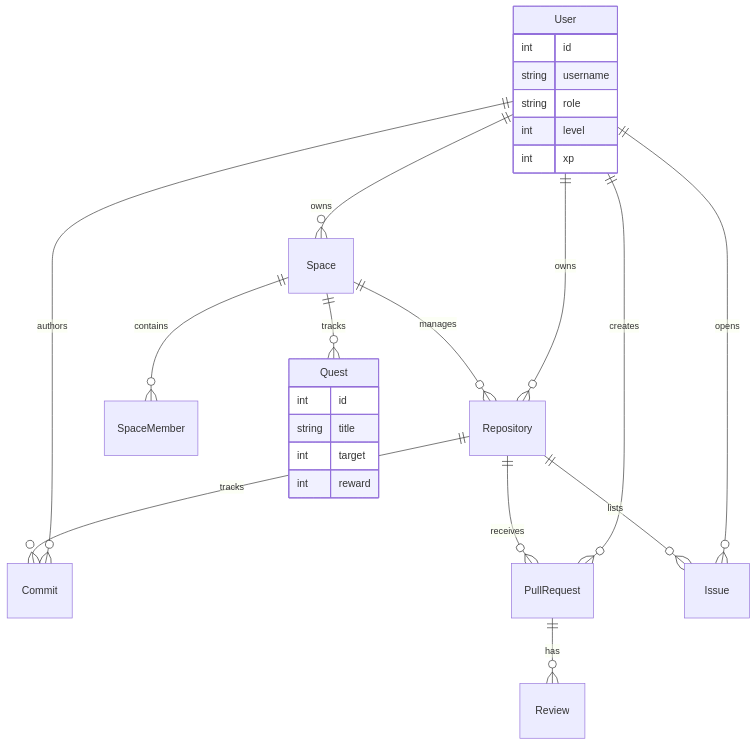
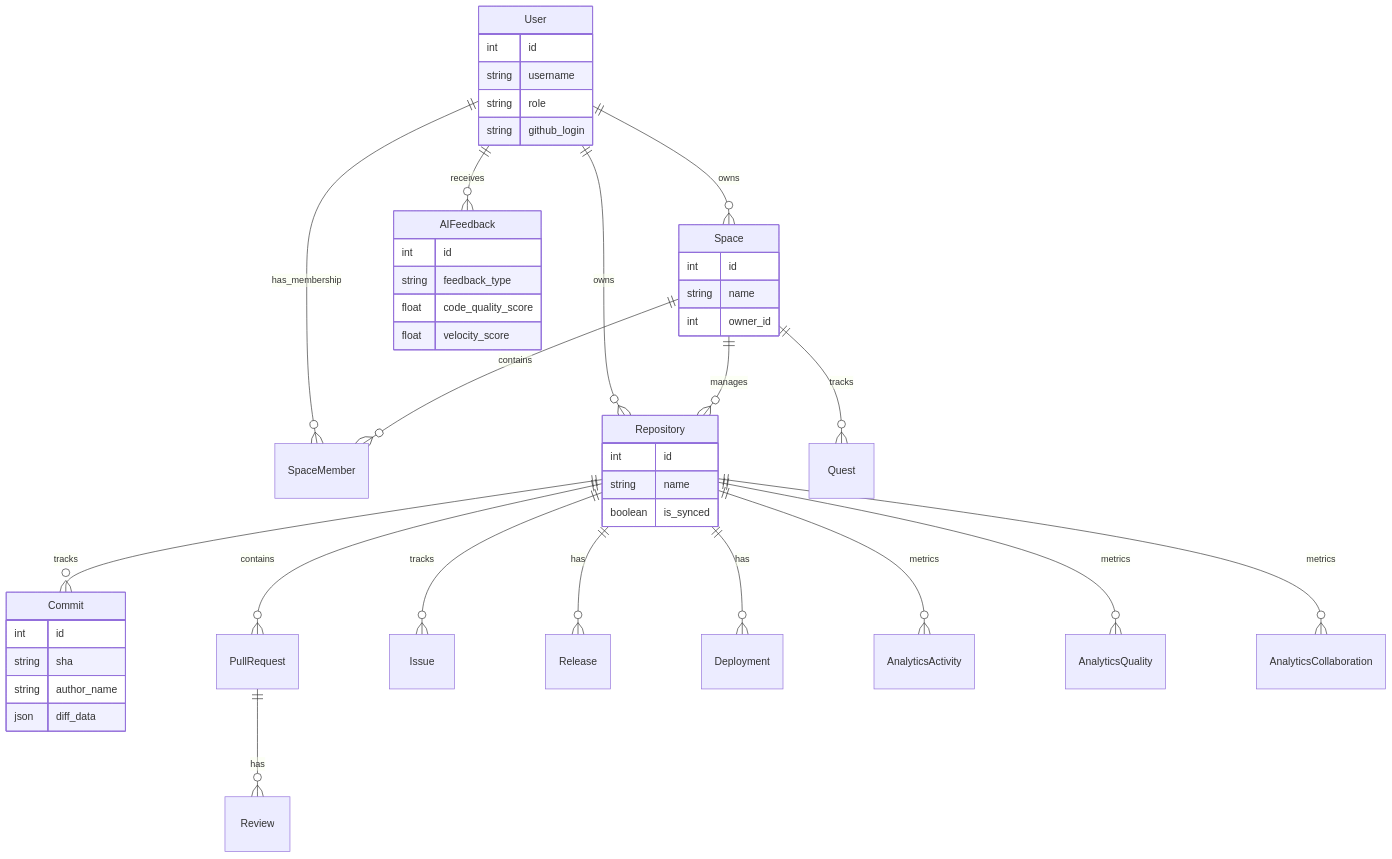
The first of 2 diagrams in GitArena/README.md (Efrat-Wilinger/-GitArena), drawn with Mermaid before and after one commit. The commit also changed other lines of this file and 15 other files, not shown here.

````diff
--- a/GitArena/README.md
+++ b/GitArena/README.md
@@ -126,33 +25,55 @@
 ```mermaid
 erDiagram
+    User ||--o{ Space : owns
+    User ||--o{ SpaceMember : has_membership
     User ||--o{ Repository : owns
-    User ||--o{ Space : owns
-    User ||--o{ Commit : authors
-    User ||--o{ PullRequest : creates
-    User ||--o{ Issue : opens
-    
+    User ||--o{ AIFeedback : receives
+
     Space ||--o{ SpaceMember : contains
     Space ||--o{ Repository : manages
     Space ||--o{ Quest : tracks
-    
+
     Repository ||--o{ Commit : tracks
-    Repository ||--o{ PullRequest : receives
-    Repository ||--o{ Issue : lists
-    
+    Repository ||--o{ PullRequest : contains
+    Repository ||--o{ Issue : tracks
+    Repository ||--o{ Release : has
+    Repository ||--o{ Deployment : has
+    Repository ||--o{ AnalyticsActivity : metrics
+    Repository ||--o{ AnalyticsQuality : metrics
+    Repository ||--o{ AnalyticsCollaboration : metrics
+
     PullRequest ||--o{ Review : has
-    
+
     User {
         int id
         string username
         string role
-        int level
-        int xp
+        string github_login
     }
-    
-    Quest {
+
+    Space {
         int id
-        string title
-        int target
-        int reward
+        string name
+        int owner_id
+    }
+
+    Repository {
+        int id
+        string name
+        boolean is_synced
+    }
+
+    Commit {
+        int id
+        string sha
+        string author_name
+        json diff_data
+    }
+
+    AIFeedback {
+        int id
+        string feedback_type
+        float code_quality_score
+        float velocity_score
     }
 ```
````
